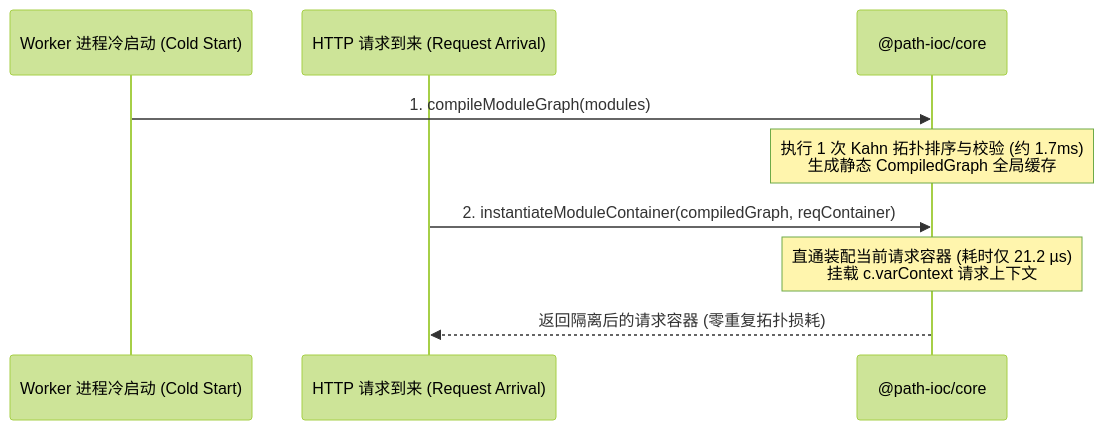
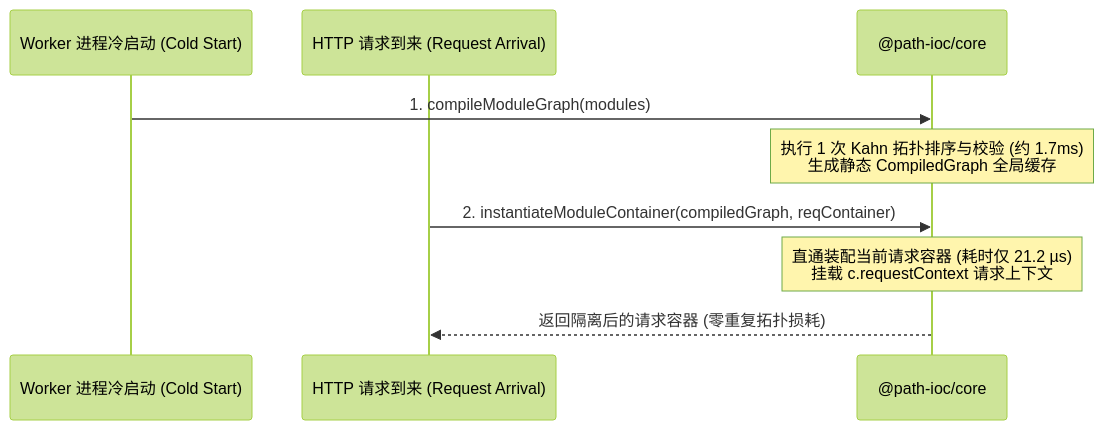
One commit to path-ioc/path-ioc changed the diagram in docs/zh/guide/edge-and-serverless.md. Above: the diagram before and after it, drawn with Mermaid (forest theme). The commit also changed other lines of this file and 23 other files, not shown here.

Commit message:
docs: add LLM knowledge base, migration guides, and architectural comparison articles

````diff
--- a/docs/zh/guide/edge-and-serverless.md
+++ b/docs/zh/guide/edge-and-serverless.md
@@ -13,13 +13,13 @@
 ```mermaid
 sequenceDiagram
     participant Worker as Worker 进程冷启动 (Cold Start)
     participant Request as HTTP 请求到来 (Request Arrival)
     participant Engine as @path-ioc/core
 
     Worker->>Engine: 1. compileModuleGraph(modules)
     Note over Engine: 执行 1 次 Kahn 拓扑排序与校验 (约 1.7ms)<br>生成静态 CompiledGraph 全局缓存
     
     Request->>Engine: 2. instantiateModuleContainer(compiledGraph, reqContainer)
-    Note over Engine: 直通装配当前请求容器 (耗时仅 21.2 µs)<br>挂载 c.varContext 请求上下文
+    Note over Engine: 直通装配当前请求容器 (耗时仅 21.2 µs)<br>挂载 c.requestContext 请求上下文
     Engine-->>Request: 返回隔离后的请求容器 (零重复拓扑损耗)
 ```
````
